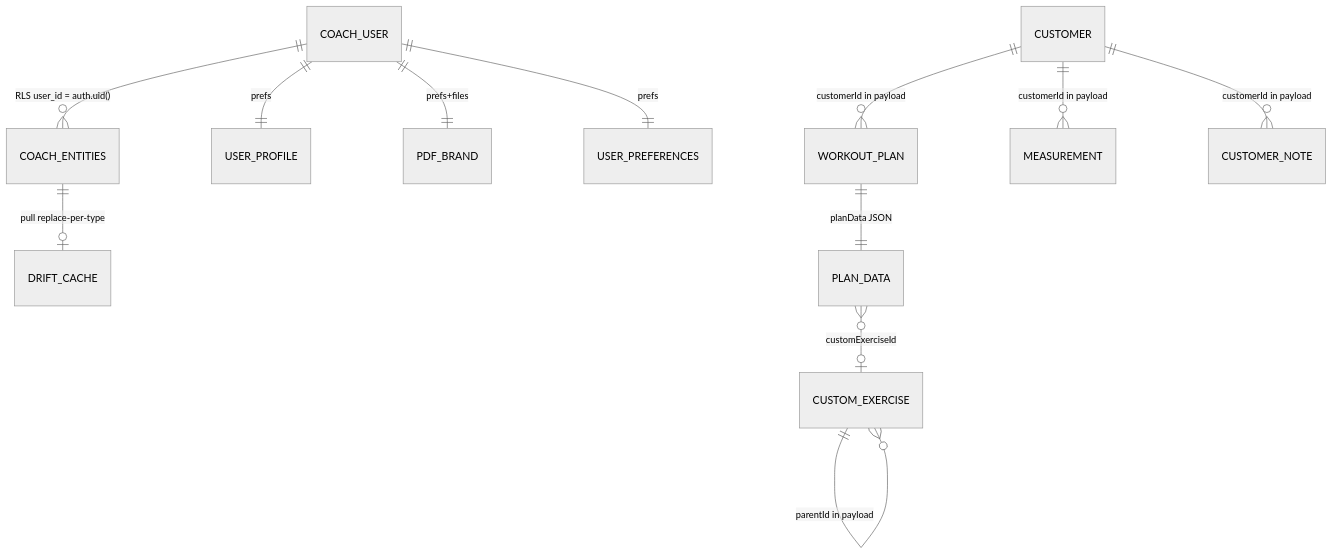
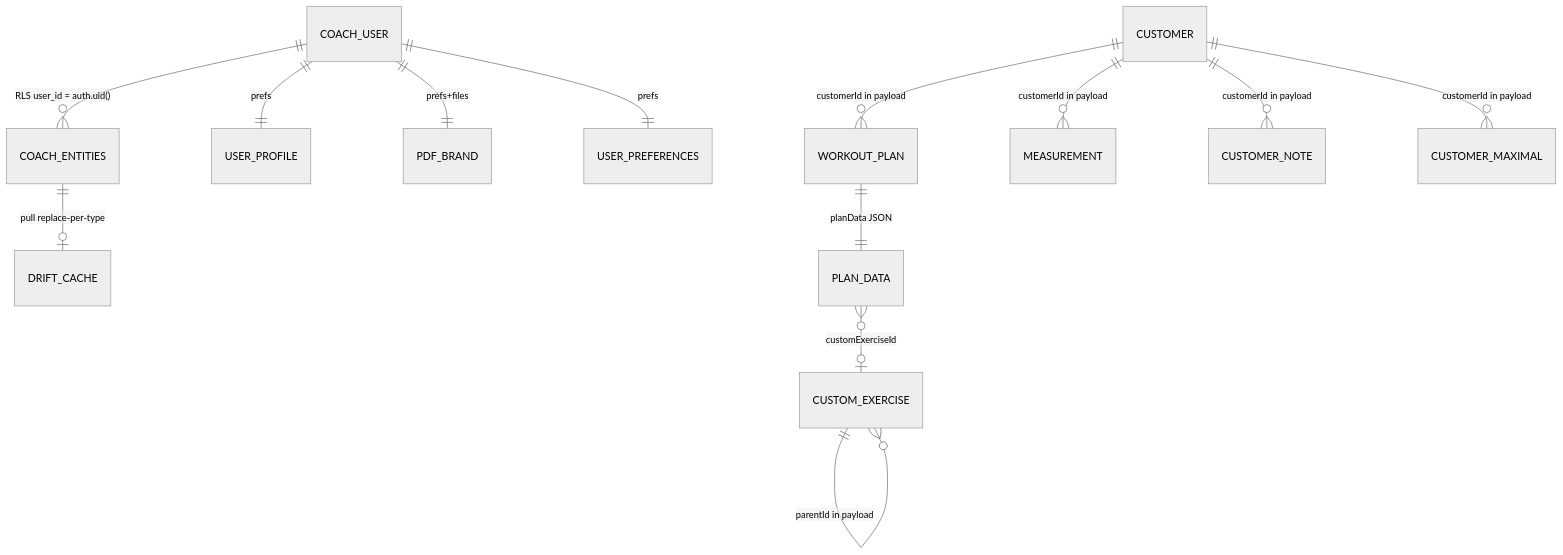
The first of 2 diagrams in docs/data-catalog.md (edar-dev/powercoach-studio), drawn with Mermaid (neutral theme) before and after one commit. The commit also changed other lines of this file and 13 other files, not shown here.

First line of the commit message:
feat(customers): add customerMaximal entity (massimali PR2) (#212)

````diff
--- a/docs/data-catalog.md
+++ b/docs/data-catalog.md
@@ -102,14 +105,15 @@
 ```mermaid
 erDiagram
   COACH_USER ||--o{ COACH_ENTITIES : "RLS user_id = auth.uid()"
   COACH_ENTITIES ||--o| DRIFT_CACHE : "pull replace-per-type"
   COACH_USER ||--|| USER_PROFILE : "prefs"
   COACH_USER ||--|| PDF_BRAND : "prefs+files"
   COACH_USER ||--|| USER_PREFERENCES : "prefs"
   CUSTOMER ||--o{ WORKOUT_PLAN : "customerId in payload"
   CUSTOMER ||--o{ MEASUREMENT : "customerId in payload"
   CUSTOMER ||--o{ CUSTOMER_NOTE : "customerId in payload"
+  CUSTOMER ||--o{ CUSTOMER_MAXIMAL : "customerId in payload"
   CUSTOM_EXERCISE ||--o{ CUSTOM_EXERCISE : "parentId in payload"
   WORKOUT_PLAN ||--|| PLAN_DATA : "planData JSON"
   PLAN_DATA }o--o| CUSTOM_EXERCISE : "customExerciseId"
 ```
````
